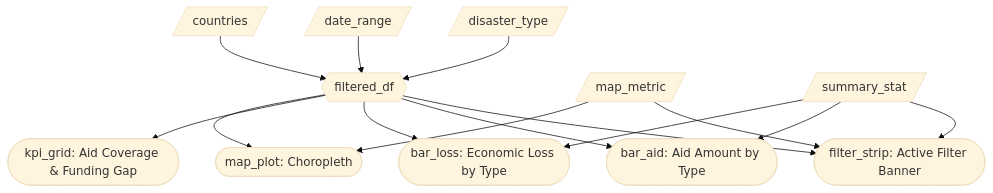
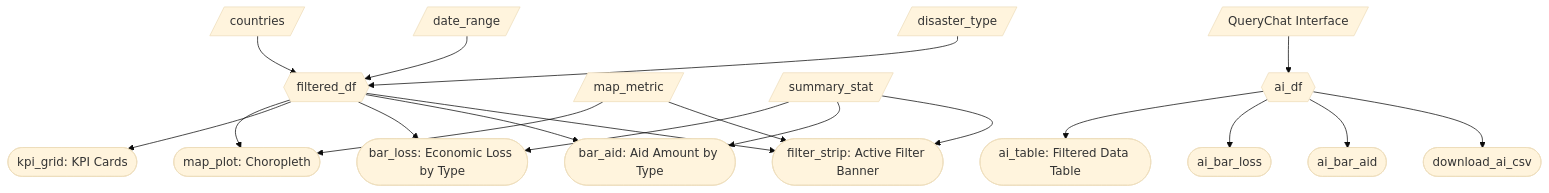
The diagram in reports/m2_spec.md (UBC-MDS/DSCI-532_2026_18_disasterdash), drawn with Mermaid (base theme) before and after one commit. The commit also changed other lines of this file, not shown here.

````diff
--- a/reports/m2_spec.md
+++ b/reports/m2_spec.md
@@ -43,17 +43,24 @@
 ```mermaid
 flowchart TD
     A[/countries/] --> F{{filtered_df}}
     B[/date_range/] --> F
     C[/disaster_type/] --> F
     D[/map_metric/] --> Map
     D --> Strip
     E[/summary_stat/] --> BarLoss
     E --> BarAid
     E --> Strip
 
     F --> Map([map_plot: Choropleth])
-    F --> KPI([kpi_grid: Aid Coverage & Funding Gap])
+    F --> KPI([kpi_grid: KPI Cards])
     F --> BarLoss([bar_loss: Economic Loss by Type])
     F --> BarAid([bar_aid: Aid Amount by Type])
     F --> Strip([filter_strip: Active Filter Banner])
+
+
+    Chat[/QueryChat Interface/] --> AI{{ai_df}}
+    AI --> Table([ai_table: Filtered Data Table])
+    AI --> AILoss([ai_bar_loss])
+    AI --> AIAid([ai_bar_aid])
+    AI --> Download([download_ai_csv])
 ```
````
